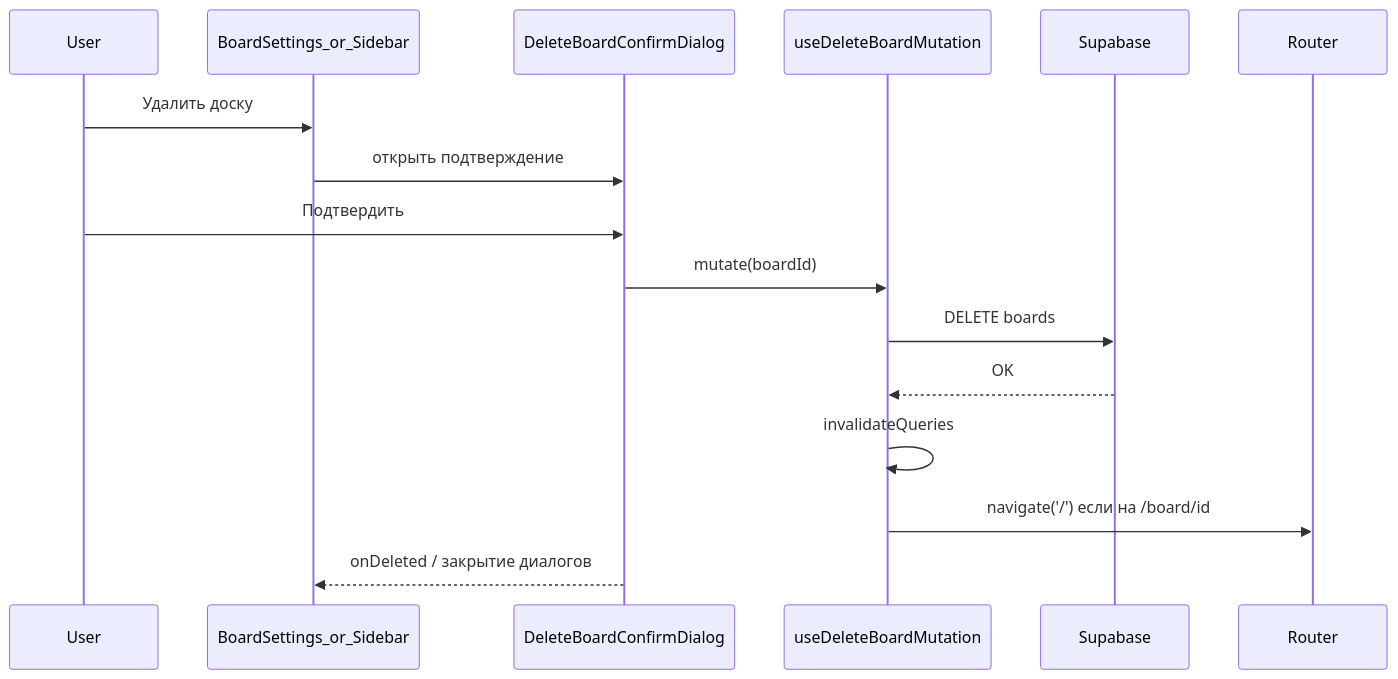
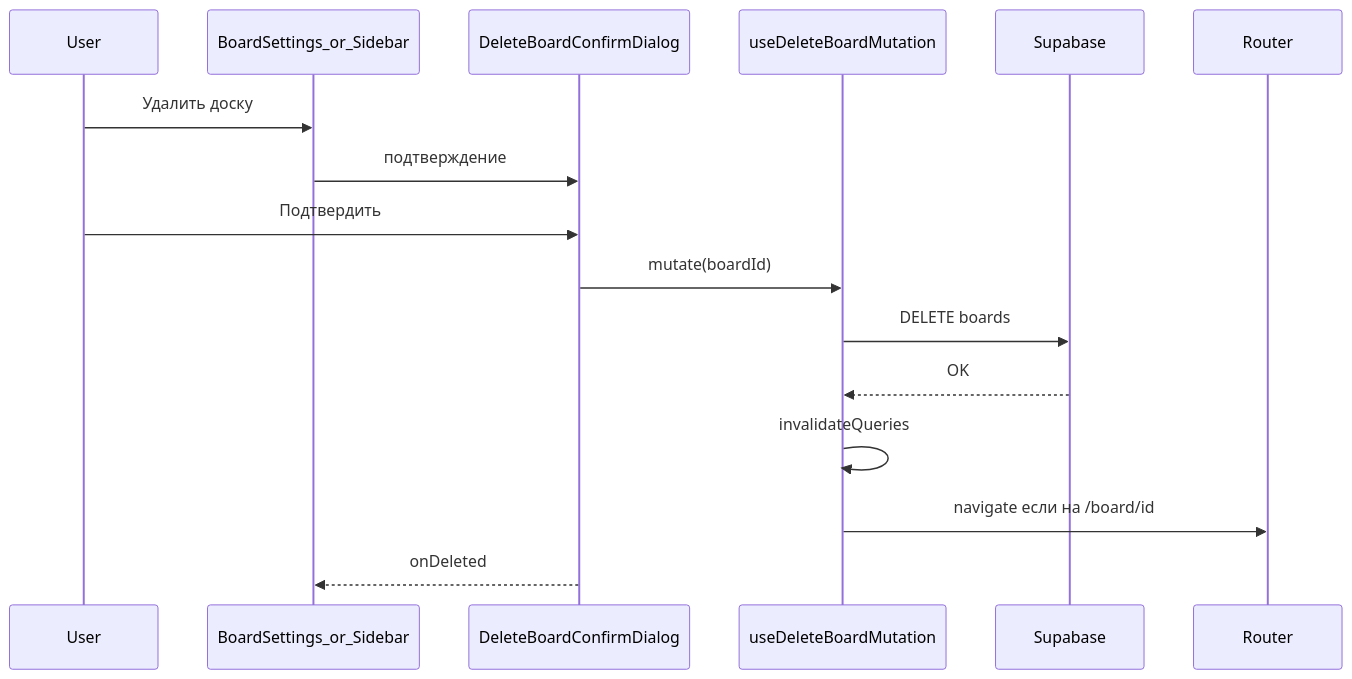
The first of 2 diagrams in docs/board_develop.md (denis2512btc/fronttaskbar), drawn with Mermaid before and after one commit. The commit also changed other lines of this file and 6 other files, not shown here.

````diff
--- a/docs/board_develop.md
+++ b/docs/board_develop.md
@@ -102,18 +51,18 @@
 ```mermaid
 sequenceDiagram
   participant User
   participant UI as BoardSettings_or_Sidebar
   participant Confirm as DeleteBoardConfirmDialog
   participant Mut as useDeleteBoardMutation
   participant SB as Supabase
   participant Router
   User->>UI: Удалить доску
-  UI->>Confirm: открыть подтверждение
+  UI->>Confirm: подтверждение
   User->>Confirm: Подтвердить
   Confirm->>Mut: mutate(boardId)
   Mut->>SB: DELETE boards
   SB-->>Mut: OK
   Mut->>Mut: invalidateQueries
-  Mut->>Router: navigate('/') если на /board/id
-  Confirm-->>UI: onDeleted / закрытие диалогов
+  Mut->>Router: navigate если на /board/id
+  Confirm-->>UI: onDeleted
 ```
````
